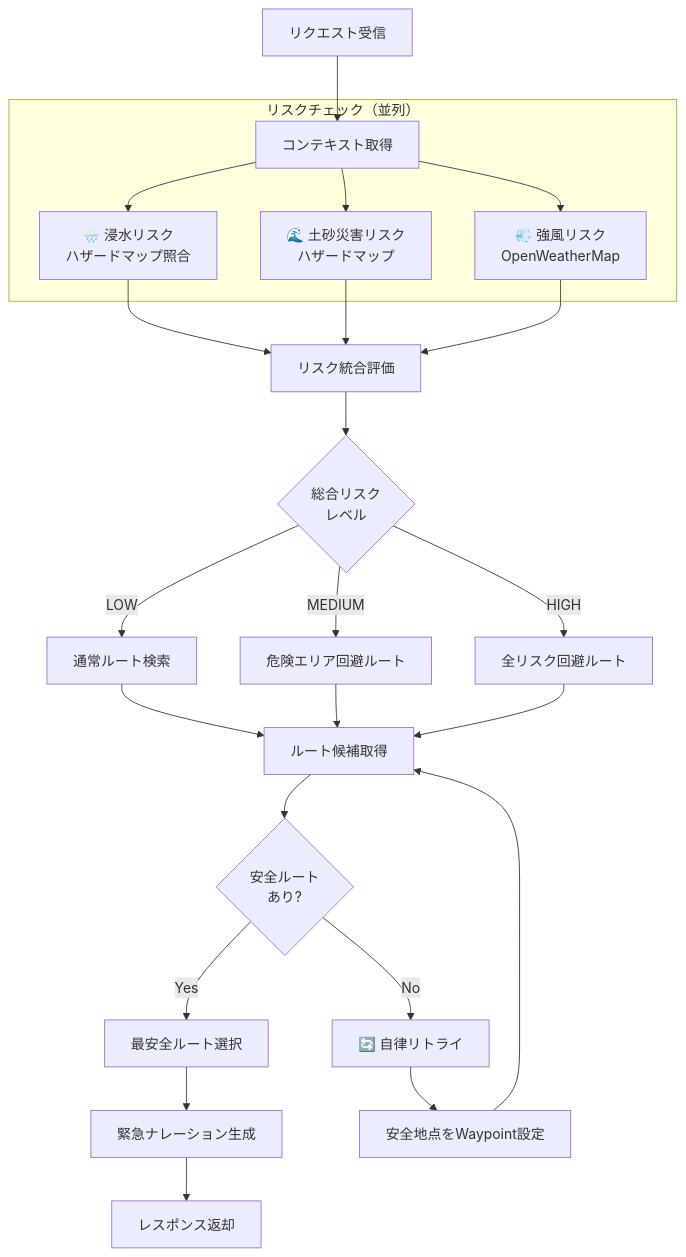
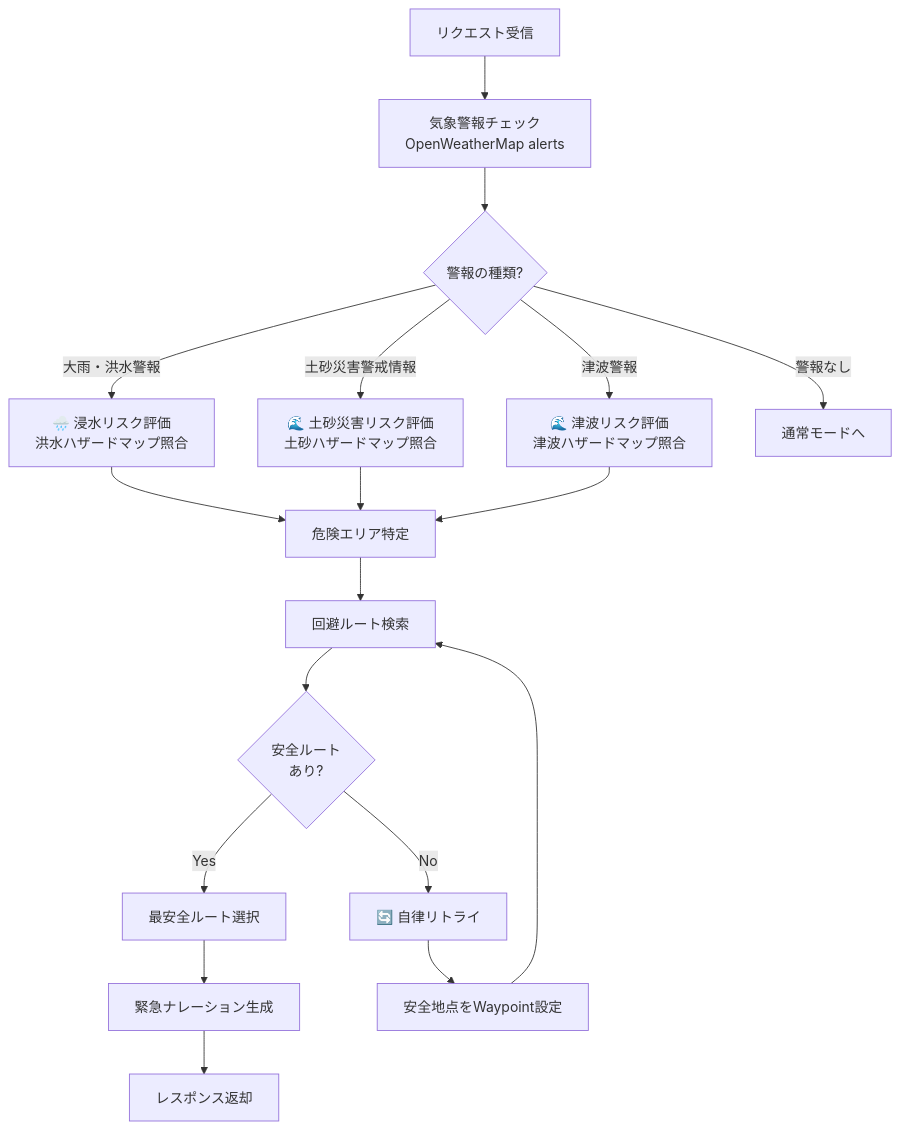
The diagram in Docs/確定/diagrams/06_非常時モード処理フロー.md (Ryg-appdev/safe-routing-ai-navigation), drawn with Mermaid before and after one commit. The commit also changed other lines of this file, not shown here.

Commit message:
fix: 強風→津波に変更、警報種別に応じた選択的リスク評価に修正

````diff
--- a/Docs/確定/diagrams/06_非常時モード処理フロー.md
+++ b/Docs/確定/diagrams/06_非常時モード処理フロー.md
@@ -5,34 +5,27 @@
 ```mermaid
 flowchart TD
-    A["リクエスト受信"] --> B["コンテキスト取得"]
+    A["リクエスト受信"] --> B["気象警報チェック<br/>OpenWeatherMap alerts"]
     
-    subgraph RiskCheck["リスクチェック（並列）"]
-        B --> R1["🌧️ 浸水リスク<br/>ハザードマップ照合"]
-        B --> R2["🌊 土砂災害リスク<br/>ハザードマップ"]
-        B --> R3["💨 強風リスク<br/>OpenWeatherMap"]
-    end
+    B --> C{"警報の種類?"}
     
-    R1 --> C["リスク統合評価"]
-    R2 --> C
-    R3 --> C
+    C -->|"大雨・洪水警報"| D1["🌧️ 浸水リスク評価<br/>洪水ハザードマップ照合"]
+    C -->|"土砂災害警戒情報"| D2["🌊 土砂災害リスク評価<br/>土砂ハザードマップ照合"]
+    C -->|"津波警報"| D3["🌊 津波リスク評価<br/>津波ハザードマップ照合"]
+    C -->|"警報なし"| D4["通常モードへ"]
     
-    C --> D{"総合リスク<br/>レベル"}
+    D1 --> E["危険エリア特定"]
+    D2 --> E
+    D3 --> E
     
-    D -->|"LOW"| E["通常ルート検索"]
-    D -->|"MEDIUM"| F["危険エリア回避ルート"]
-    D -->|"HIGH"| G["全リスク回避ルート"]
+    E --> F["回避ルート検索"]
+    F --> G{"安全ルート<br/>あり?"}
     
-    E --> H["ルート候補取得"]
-    F --> H
-    G --> H
+    G -->|"Yes"| H["最安全ルート選択"]
+    G -->|"No"| I["🔄 自律リトライ"]
     
-    H --> I{"安全ルート<br/>あり?"}
-    I -->|"Yes"| J["最安全ルート選択"]
-    I -->|"No"| K["🔄 自律リトライ"]
+    I --> J["安全地点をWaypoint設定"]
+    J --> F
     
-    K --> L["安全地点をWaypoint設定"]
-    L --> H
-    
-    J --> M["緊急ナレーション生成"]
-    M --> N["レスポンス返却"]
+    H --> K["緊急ナレーション生成"]
+    K --> L["レスポンス返却"]
 ```
````
